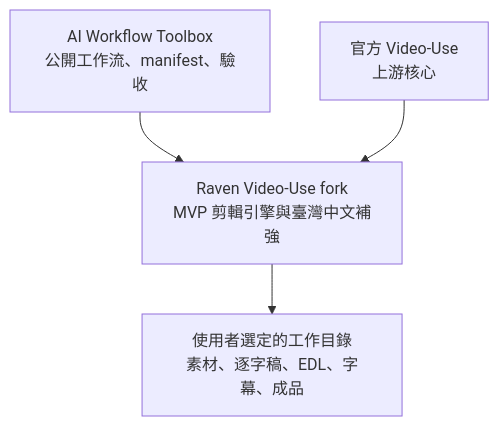
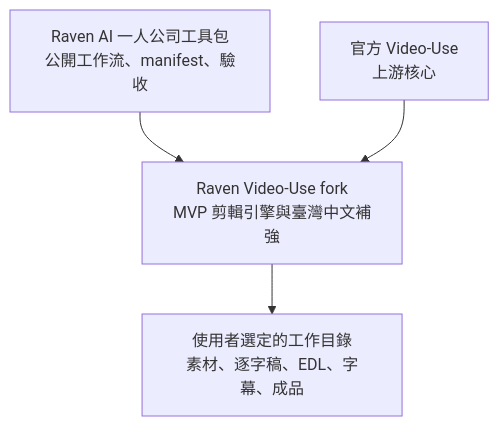
Before and after one commit to iamraven-tw/raven-ai-workflow-toolbox: the diagram in skill-packs/ai-video/docs/architecture.md, drawn with Mermaid. The commit also changed other lines of this file and 104 other files, not shown here.

Commit message:
release: Raven AI toolbox v0.1.0-preview.1

````diff
--- a/skill-packs/ai-video/docs/architecture.md
+++ b/skill-packs/ai-video/docs/architecture.md
@@ -5,6 +5,6 @@
 ```mermaid
 flowchart TD
-    A["AI Workflow Toolbox<br/>公開工作流、manifest、驗收"] --> B["Raven Video-Use fork<br/>MVP 剪輯引擎與臺灣中文補強"]
+    A["Raven AI 一人公司工具包<br/>公開工作流、manifest、驗收"] --> B["Raven Video-Use fork<br/>MVP 剪輯引擎與臺灣中文補強"]
     C["官方 Video-Use<br/>上游核心"] --> B
     B --> E["使用者選定的工作目錄<br/>素材、逐字稿、EDL、字幕、成品"]
 ```
````
